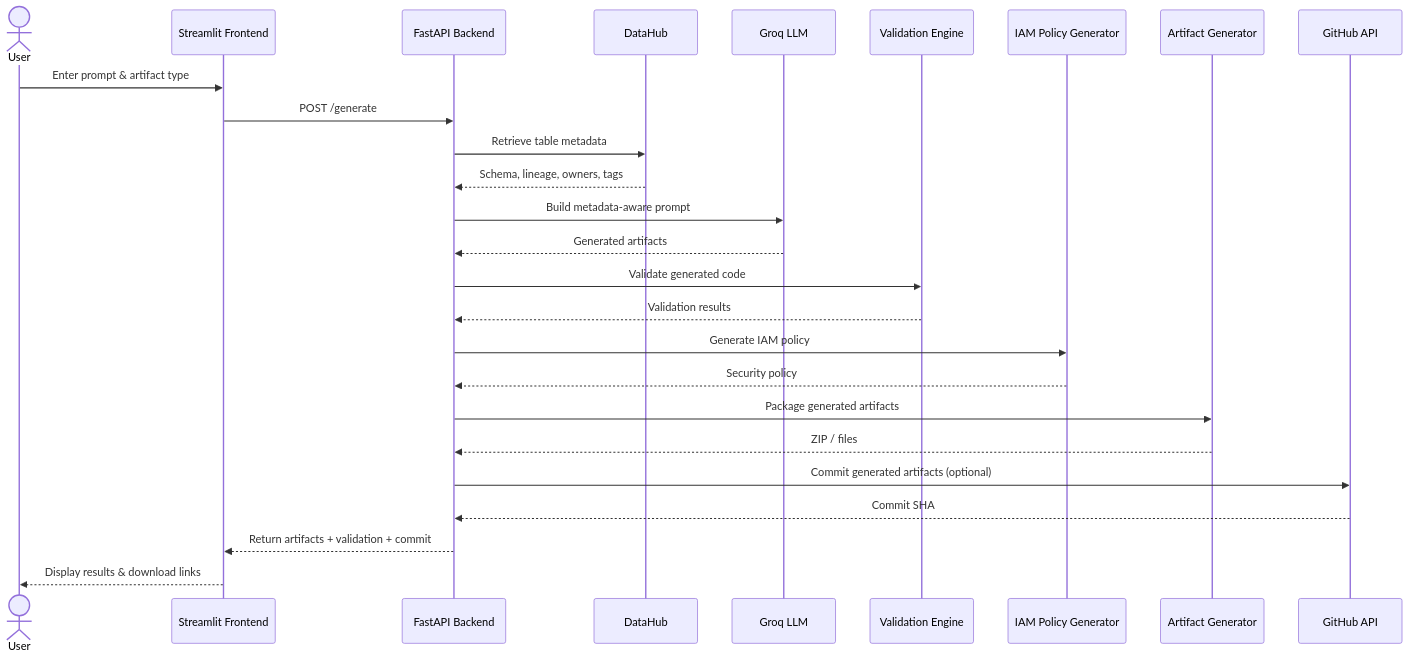
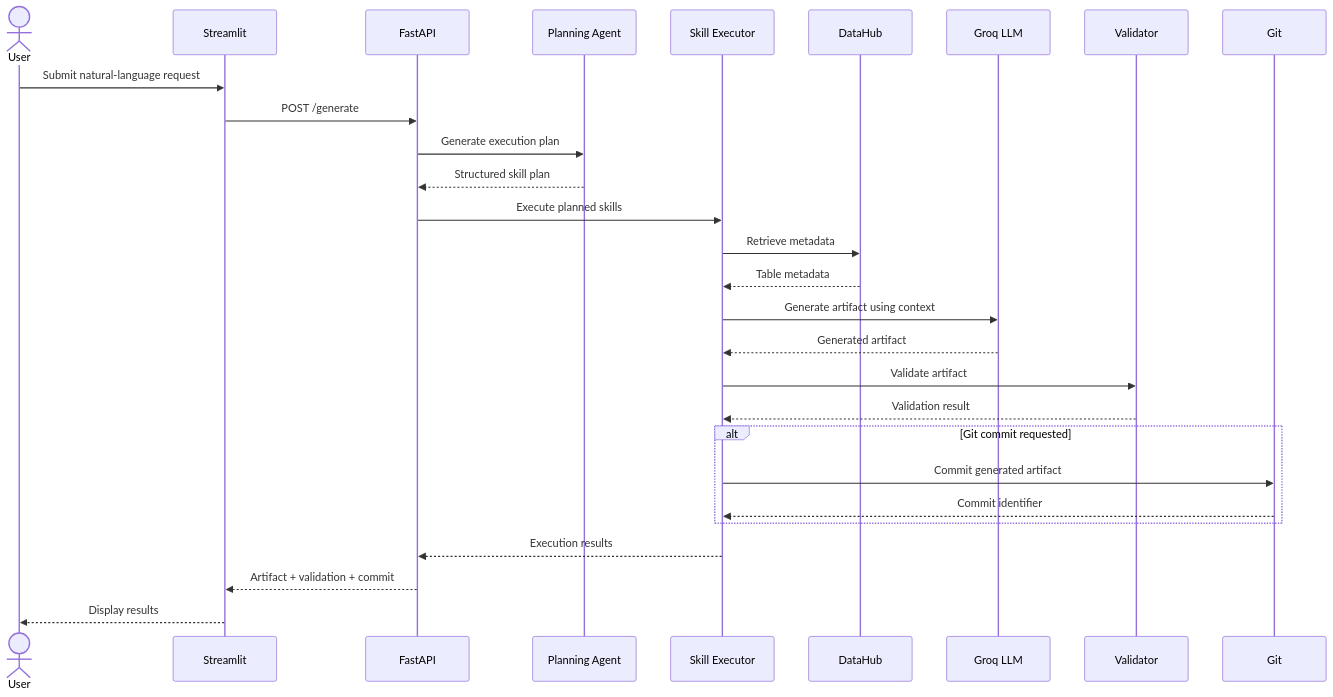
The second of 2 diagrams in README.md (pmman-sudo/AI-Data-Pipeline-Generator), drawn with Mermaid before and after one commit. The commit also changed other lines of this file, not shown here.

````diff
--- a/README.md
+++ b/README.md
@@ -279,39 +279,38 @@
 ```mermaid
 sequenceDiagram
 
 actor User
+participant UI as Streamlit
+participant API as FastAPI
+participant Planner as Planning Agent
+participant Skills as Skill Executor
+participant DH as DataHub
+participant LLM as Groq LLM
+participant VAL as Validator
+participant Git as Git
 
-participant UI as Streamlit Frontend
-participant API as FastAPI Backend
-participant DH as DataHub
-participant AI as Groq LLM
-participant VAL as Validation Engine
-participant SEC as IAM Policy Generator
-participant ZIP as Artifact Generator
-participant GH as GitHub API
+User->>UI: Submit natural-language request
+UI->>API: POST /generate
+API->>Planner: Generate execution plan
+Planner-->>API: Structured skill plan
 
-User->>UI: Enter prompt & artifact type
-UI->>API: POST /generate
+API->>Skills: Execute planned skills
 
-API->>DH: Retrieve table metadata
-DH-->>API: Schema, lineage, owners, tags
+Skills->>DH: Retrieve metadata
+DH-->>Skills: Table metadata
 
-API->>AI: Build metadata-aware prompt
-AI-->>API: Generated artifacts
+Skills->>LLM: Generate artifact using context
+LLM-->>Skills: Generated artifact
 
-API->>VAL: Validate generated code
-VAL-->>API: Validation results
+Skills->>VAL: Validate artifact
+VAL-->>Skills: Validation result
 
-API->>SEC: Generate IAM policy
-SEC-->>API: Security policy
+alt Git commit requested
+    Skills->>Git: Commit generated artifact
+    Git-->>Skills: Commit identifier
+end
 
-API->>ZIP: Package generated artifacts
-ZIP-->>API: ZIP / files
-
-API->>GH: Commit generated artifacts (optional)
-GH-->>API: Commit SHA
-
-API-->>UI: Return artifacts + validation + commit
-
-UI-->>User: Display results & download links
+Skills-->>API: Execution results
+API-->>UI: Artifact + validation + commit
+UI-->>User: Display results
 ```
````
